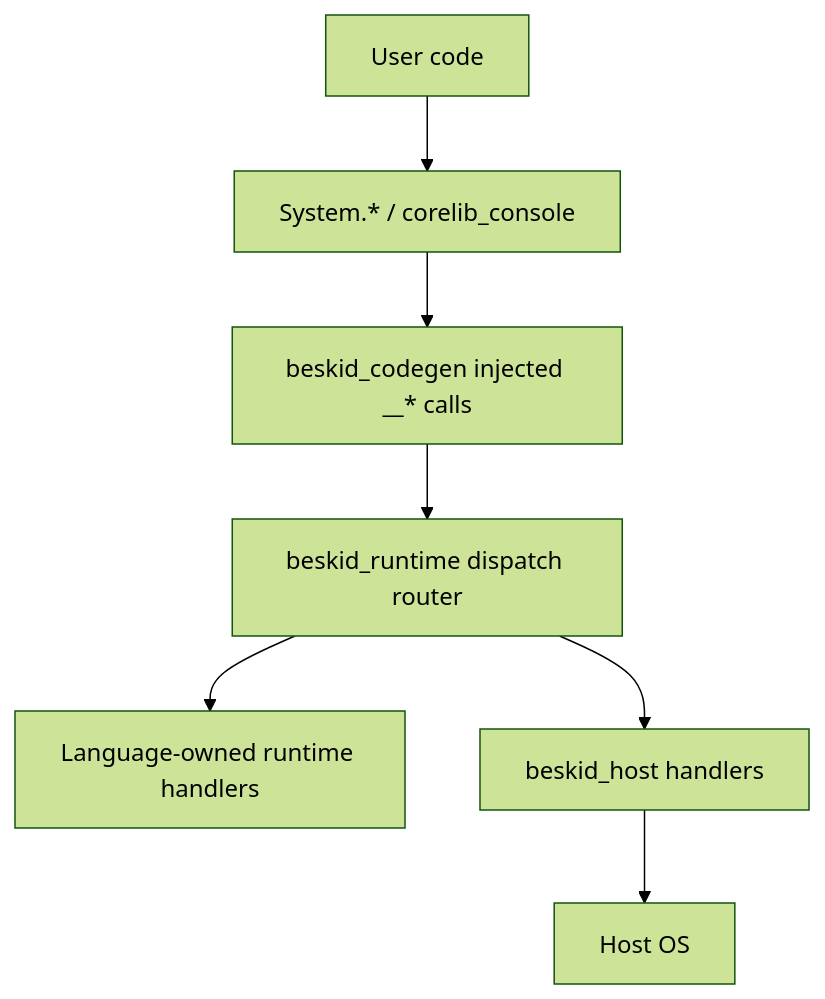
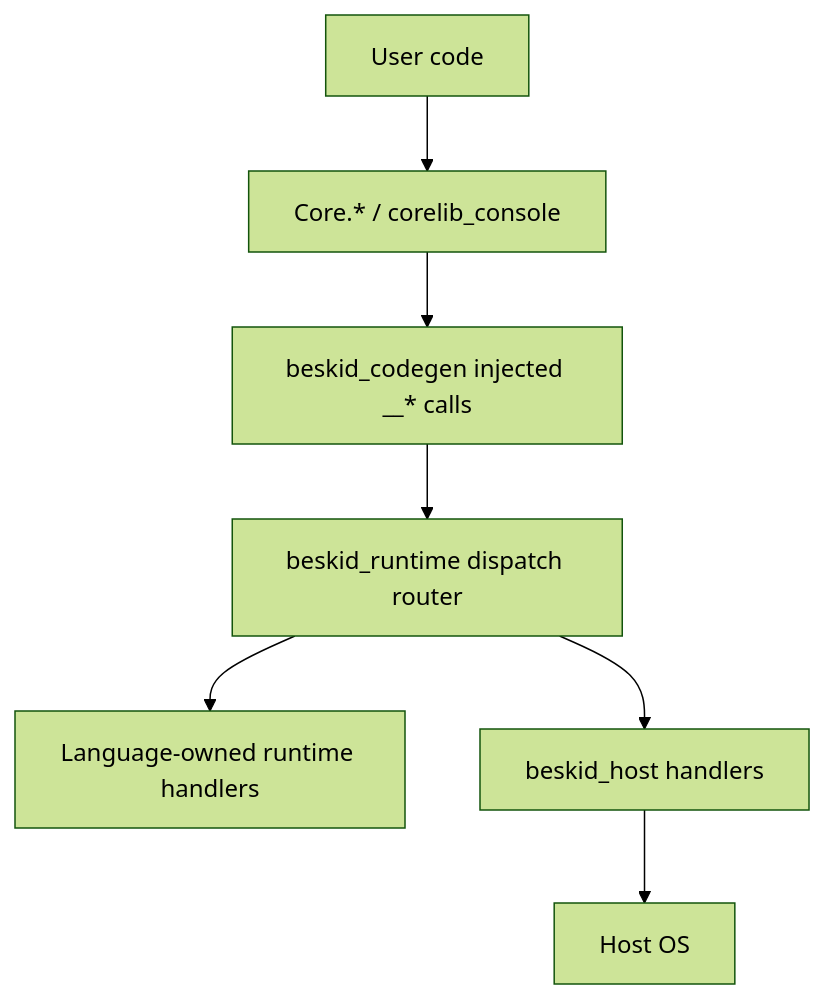
Before and after one commit to Cyber-Nomad-Collective/beskid: the diagram in site/website/src/content/docs/platform-spec/core-library/stability-and-api-shape/runtime-backed-corelib-surfaces/design-model.mdx, drawn with Mermaid (forest theme). The commit also changed other lines of this file and 223 other files, not shown here.

````diff
--- a/site/website/src/content/docs/platform-spec/core-library/stability-and-api-shape/runtime-backed-corelib-surfaces/design-model.mdx
+++ b/site/website/src/content/docs/platform-spec/core-library/stability-and-api-shape/runtime-backed-corelib-surfaces/design-model.mdx
@@ -41,13 +41,13 @@
 ```mermaid
 flowchart TB
   App[User code]
-  Corelib[System.* / corelib_console]
+  Corelib[Core.* / corelib_console]
   Codegen[beskid_codegen injected __* calls]
   Dispatch[beskid_runtime dispatch router]
   Lang[Language-owned runtime handlers]
   Host[beskid_host handlers]
   OS[Host OS]
   App --> Corelib --> Codegen --> Dispatch
   Dispatch --> Lang
   Dispatch --> Host --> OS
 ```
````
